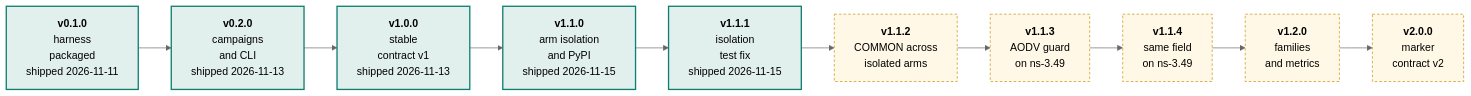
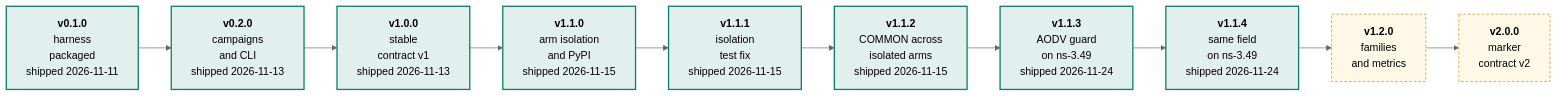
One commit to swarm-routing/sim-tools changed the first of 2 diagrams in docs/roadmap.md. Above: the diagram before and after it, drawn with Mermaid (neutral theme). The commit also changed other lines of this file, not shown here.

First line of the commit message:
docs(roadmap): v1.2.0 exit criteria and scope audit; v1.1.2 to v1.1.4 shipped (#338)

````diff
--- a/docs/roadmap.md
+++ b/docs/roadmap.md
@@ -56,26 +56,26 @@
 ```mermaid
 flowchart LR
     V01["<b>v0.1.0</b><br/>harness<br/>packaged<br/>shipped 2026-11-11"]
     V02["<b>v0.2.0</b><br/>campaigns<br/>and CLI<br/>shipped 2026-11-13"]
     V10["<b>v1.0.0</b><br/>stable<br/>contract v1<br/>shipped 2026-11-13"]
     V11["<b>v1.1.0</b><br/>arm isolation<br/>and PyPI<br/>shipped 2026-11-15"]
     V111["<b>v1.1.1</b><br/>isolation<br/>test fix<br/>shipped 2026-11-15"]
-    V112["<b>v1.1.2</b><br/>COMMON across<br/>isolated arms"]
-    V113["<b>v1.1.3</b><br/>AODV guard<br/>on ns-3.49"]
-    V114["<b>v1.1.4</b><br/>same field<br/>on ns-3.49"]
+    V112["<b>v1.1.2</b><br/>COMMON across<br/>isolated arms<br/>shipped 2026-11-15"]
+    V113["<b>v1.1.3</b><br/>AODV guard<br/>on ns-3.49<br/>shipped 2026-11-24"]
+    V114["<b>v1.1.4</b><br/>same field<br/>on ns-3.49<br/>shipped 2026-11-24"]
     V12["<b>v1.2.0</b><br/>families<br/>and metrics"]
     V20["<b>v2.0.0</b><br/>marker<br/>contract v2"]
 
     V01 --> V02 --> V10 --> V11 --> V111 --> V112 --> V113 --> V114 --> V12 --> V20
 
     style V01 fill:#e2f0ed,stroke:#0f7f70,stroke-width:2px
     style V02 fill:#e2f0ed,stroke:#0f7f70,stroke-width:2px
     style V10 fill:#e2f0ed,stroke:#0f7f70,stroke-width:2px
     style V11 fill:#e2f0ed,stroke:#0f7f70,stroke-width:2px
     style V111 fill:#e2f0ed,stroke:#0f7f70,stroke-width:2px
-    style V112 fill:#fff8e6,stroke:#c48f00,stroke-dasharray:4 3
-    style V113 fill:#fff8e6,stroke:#c48f00,stroke-dasharray:4 3
-    style V114 fill:#fff8e6,stroke:#c48f00,stroke-dasharray:4 3
+    style V112 fill:#e2f0ed,stroke:#0f7f70,stroke-width:2px
+    style V113 fill:#e2f0ed,stroke:#0f7f70,stroke-width:2px
+    style V114 fill:#e2f0ed,stroke:#0f7f70,stroke-width:2px
     style V12 fill:#fff8e6,stroke:#c48f00,stroke-dasharray:4 3
     style V20 fill:#fff8e6,stroke:#c48f00,stroke-dasharray:4 3
 ```
````
